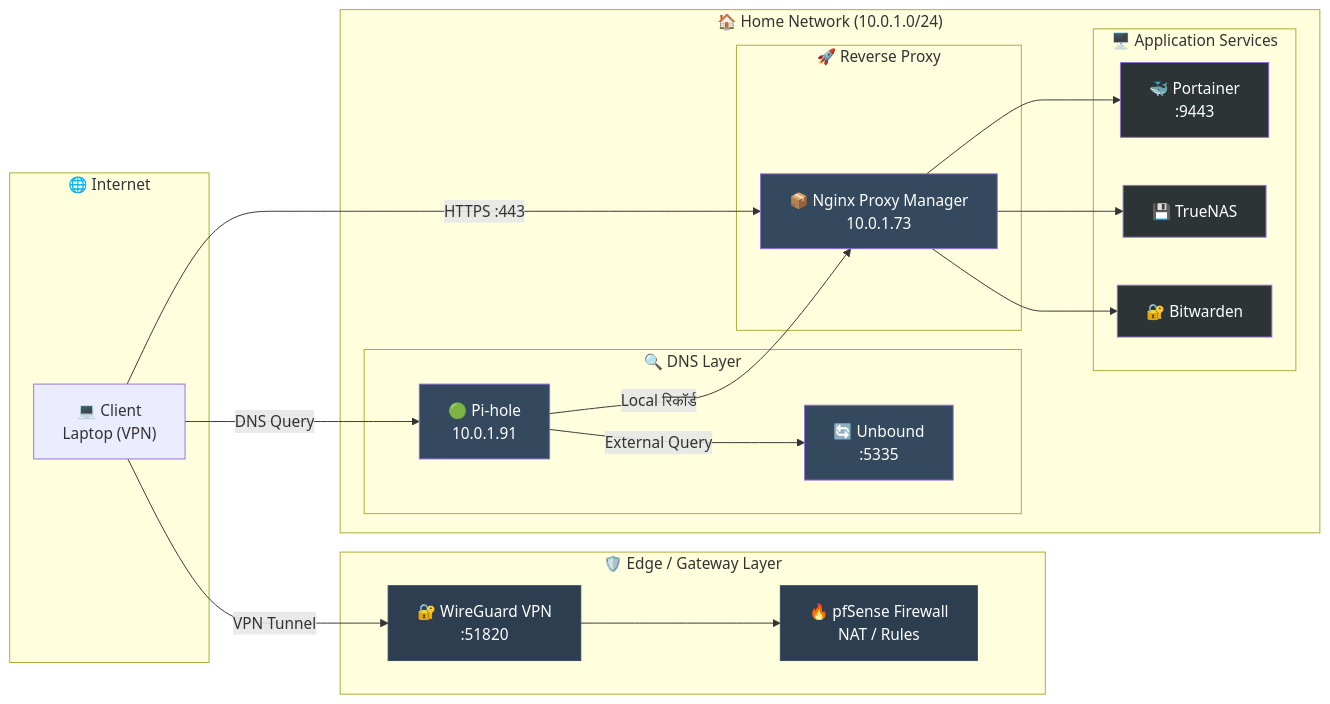
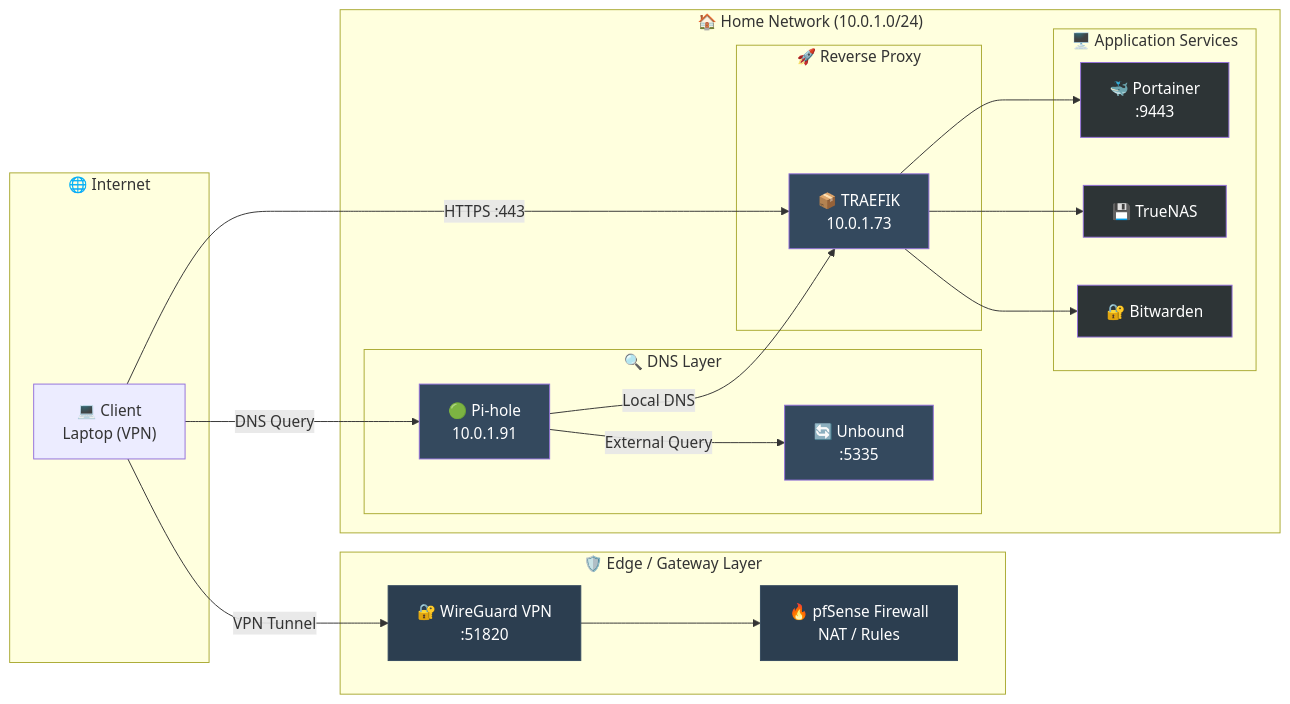
One commit to fleeforezz/Obsidian changed the diagram in Jso_document/00 - HomeLab/Network/VPN + DNS Flow.md. Above: the diagram before and after it, drawn with Mermaid. The commit also changed other lines of this file and 6 other files, not shown here.

````diff
--- a/Jso_document/00 - HomeLab/Network/VPN + DNS Flow.md
+++ b/Jso_document/00 - HomeLab/Network/VPN + DNS Flow.md
@@ -32,56 +2,56 @@
 ```mermaid
 flowchart LR
     %% ================= INTERNET =================
     subgraph INTERNET["🌐 Internet"]
         User["💻 Client<br/>Laptop (VPN)"]
     end
 
     %% ================= EDGE =================
     subgraph EDGE["🛡️ Edge / Gateway Layer"]
         WG["🔐 WireGuard VPN<br/>:51820"]
         FW["🔥 pfSense Firewall<br/>NAT / Rules"]
     end
 
     %% ================= NETWORK CORE =================
     subgraph CORE["🏠 Home Network (10.0.1.0/24)"]
 
         subgraph DNS["🔍 DNS Layer"]
             Pihole["🟢 Pi-hole<br/>10.0.1.91"]
             Unbound["🔄 Unbound<br/>:5335"]
         end
 
         subgraph PROXY["🚀 Reverse Proxy"]
-            NPM["📦 Nginx Proxy Manager<br/>10.0.1.73"]
+            TRAEFIK["📦 TRAEFIK<br/>10.0.1.73"]
         end
 
         subgraph SERVICES["🖥️ Application Services"]
             Portainer["🐳 Portainer<br/>:9443"]
             TrueNAS["💾 TrueNAS"]
             Bitwarden["🔐 Bitwarden"]
         end
     end
 
     %% ================= CONNECTION FLOW =================
     User -->|"VPN Tunnel"| WG
     WG --> FW
 
     %% DNS Flow
     User -->|"DNS Query"| Pihole
-    Pihole -->|"Local रिकॉर्ड"| NPM
+    Pihole -->|"Local DNS"| TRAEFIK
     Pihole -->|"External Query"| Unbound
 
     %% Traffic Flow
-    User -->|"HTTPS :443"| NPM
-    NPM --> Portainer
-    NPM --> TrueNAS
-    NPM --> Bitwarden
+    User -->|"HTTPS :443"| TRAEFIK
+    TRAEFIK --> Portainer
+    TRAEFIK --> TrueNAS
+    TRAEFIK --> Bitwarden
 
     %% ================= STYLING =================
     classDef edge fill:#2c3e50,color:#fff,stroke:#34495e;
     classDef infra fill:#34495e,color:#fff;
     classDef service fill:#2d3436,color:#fff;
 
     class WG,FW edge;
-    class Pihole,Unbound,NPM infra;
+    class Pihole,Unbound,TRAEFIK infra;
     class Portainer,TrueNAS,Bitwarden service;
 ```
````
